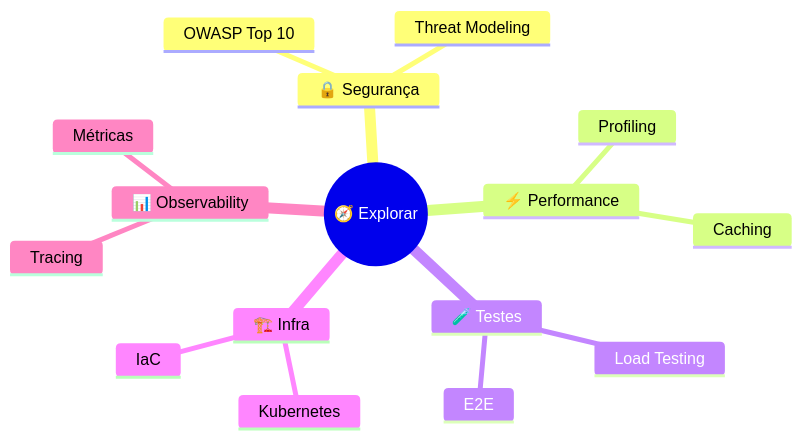
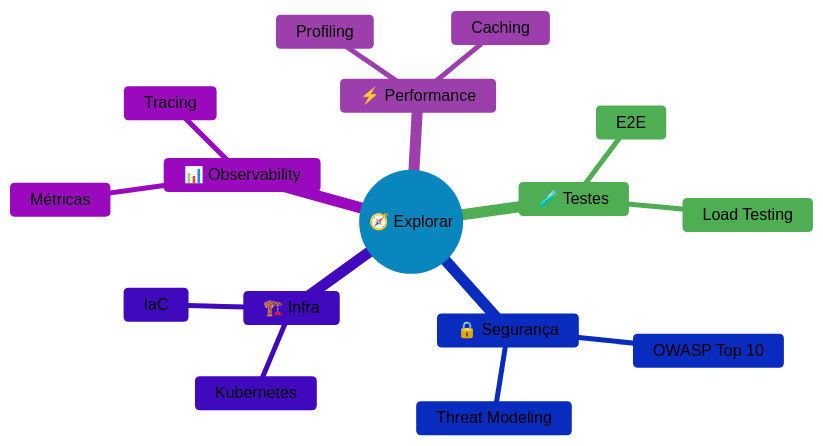
The second of 15 diagrams in README.md (dmoraesrs/dev-ia), drawn with Mermaid before and after one commit. The commit also changed other lines of this file, not shown here.

````diff
--- a/README.md
+++ b/README.md
@@ -86,19 +86,20 @@
 ```mermaid
+%%{init: {'theme': 'base', 'themeVariables': { 'primaryColor': '#4fc3f7', 'secondaryColor': '#ce93d8', 'tertiaryColor': '#a5d6a7', 'primaryTextColor': '#000', 'secondaryTextColor': '#000' }}}%%
 mindmap
   root((🧭 Explorar))
-    🔒 Segurança
-      OWASP Top 10
-      Threat Modeling
     ⚡ Performance
       Profiling
       Caching
     🧪 Testes
       E2E
       Load Testing
+    🔒 Segurança
+      OWASP Top 10
+      Threat Modeling
     🏗️ Infra
       Kubernetes
       IaC
     📊 Observability
       Métricas
       Tracing
 ```
````
